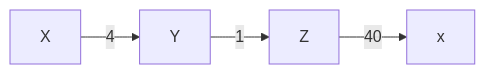
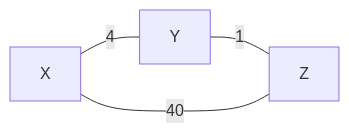
The fifth of 14 diagrams in _posts/2021-07-21-04741-internet.md (chchoiw/chchoiw.github.io), drawn with Mermaid before and after one commit. The commit also changed other lines of this file, not shown here.

````diff
--- a/_posts/2021-07-21-04741-internet.md
+++ b/_posts/2021-07-21-04741-internet.md
@@ -692,6 +692,6 @@
 ```mermaid
 graph LR
-    X -- 4 -->  Y;
-    Y--  1 --> Z;
-    Z-- 40 -->x;
+    X -- 4 ---  Y;
+    Y--  1 --- Z;
+    Z-- 40 ---X;
 ```
````
